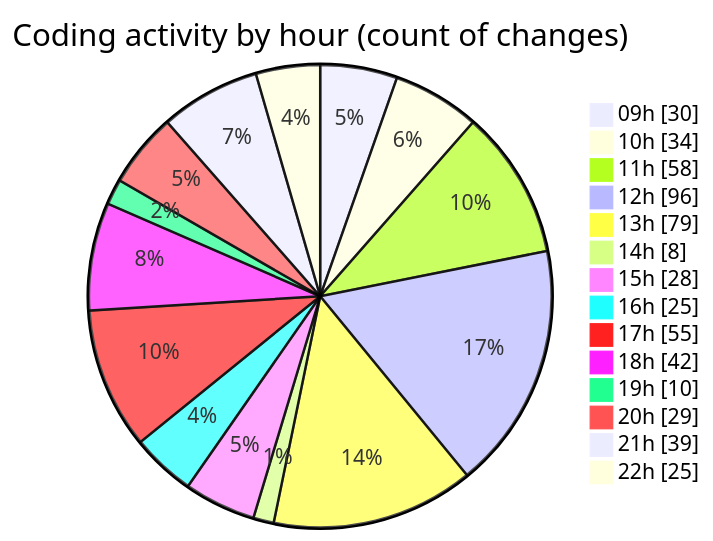
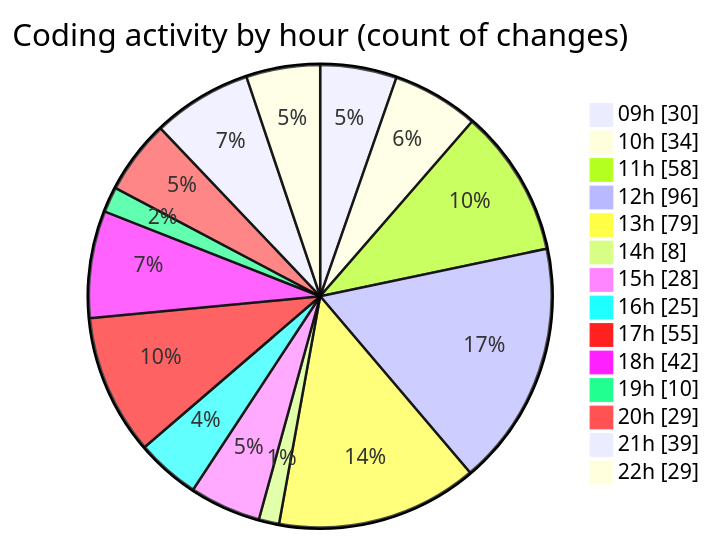
One commit to momahboobian/code-tracking changed the second of 2 diagrams in 2025-04-02/cda/README.md. Above: the diagram before and after it, drawn with Mermaid. The commit also changed other lines of this file and 1 other file, not shown here.

````diff
--- a/2025-04-02/cda/README.md
+++ b/2025-04-02/cda/README.md
@@ -40,18 +40,18 @@
 ```mermaid
 pie showData
 title Coding activity by hour (count of changes)
 "09h" : 30
 "10h" : 34
 "11h" : 58
 "12h" : 96
 "13h" : 79
 "14h" : 8
 "15h" : 28
 "16h" : 25
 "17h" : 55
 "18h" : 42
 "19h" : 10
 "20h" : 29
 "21h" : 39
-"22h" : 25
+"22h" : 29
 ```
````
